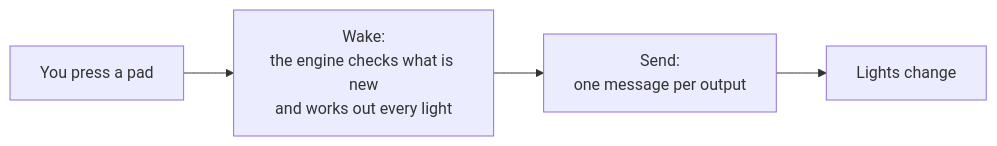
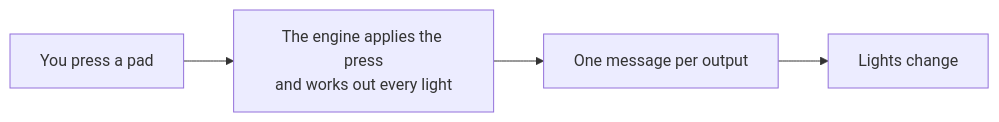
Before and after one commit to abossard/bossylights: the diagram in GLOSSARY.md, drawn with Mermaid. The commit also changed other lines of this file, not shown here.

Commit message:
GLOSSARY.md: no 'wake' (the tests are named instead), 'cap' becomes input limit, and a table of the tests by name

````diff
--- a/GLOSSARY.md
+++ b/GLOSSARY.md
@@ -5,5 +5,5 @@
 ```mermaid
 flowchart LR
-  P["You press a pad"] --> W["Wake:<br/>the engine checks what is new<br/>and works out every light"]
-  W --> S["Send:<br/>one message per output"] --> L["Lights change"]
+  P["You press a pad"] --> E["The engine applies the press<br/>and works out every light"]
+  E --> S["One message per output"] --> L["Lights change"]
 ```
````
